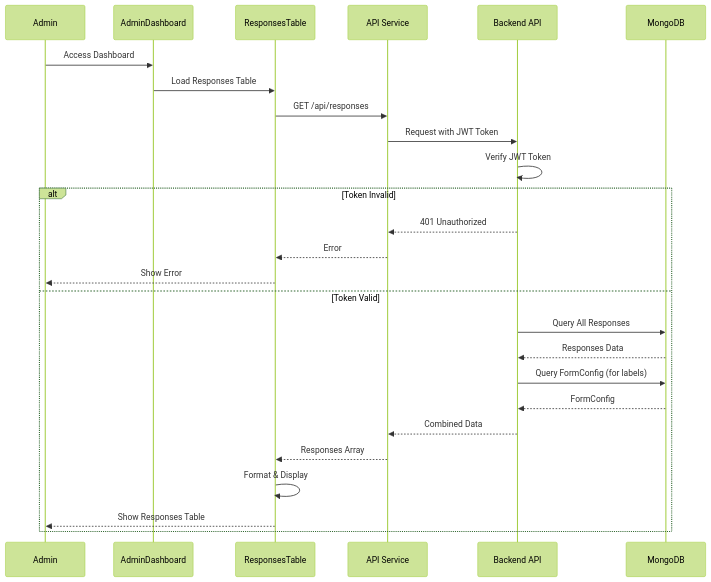
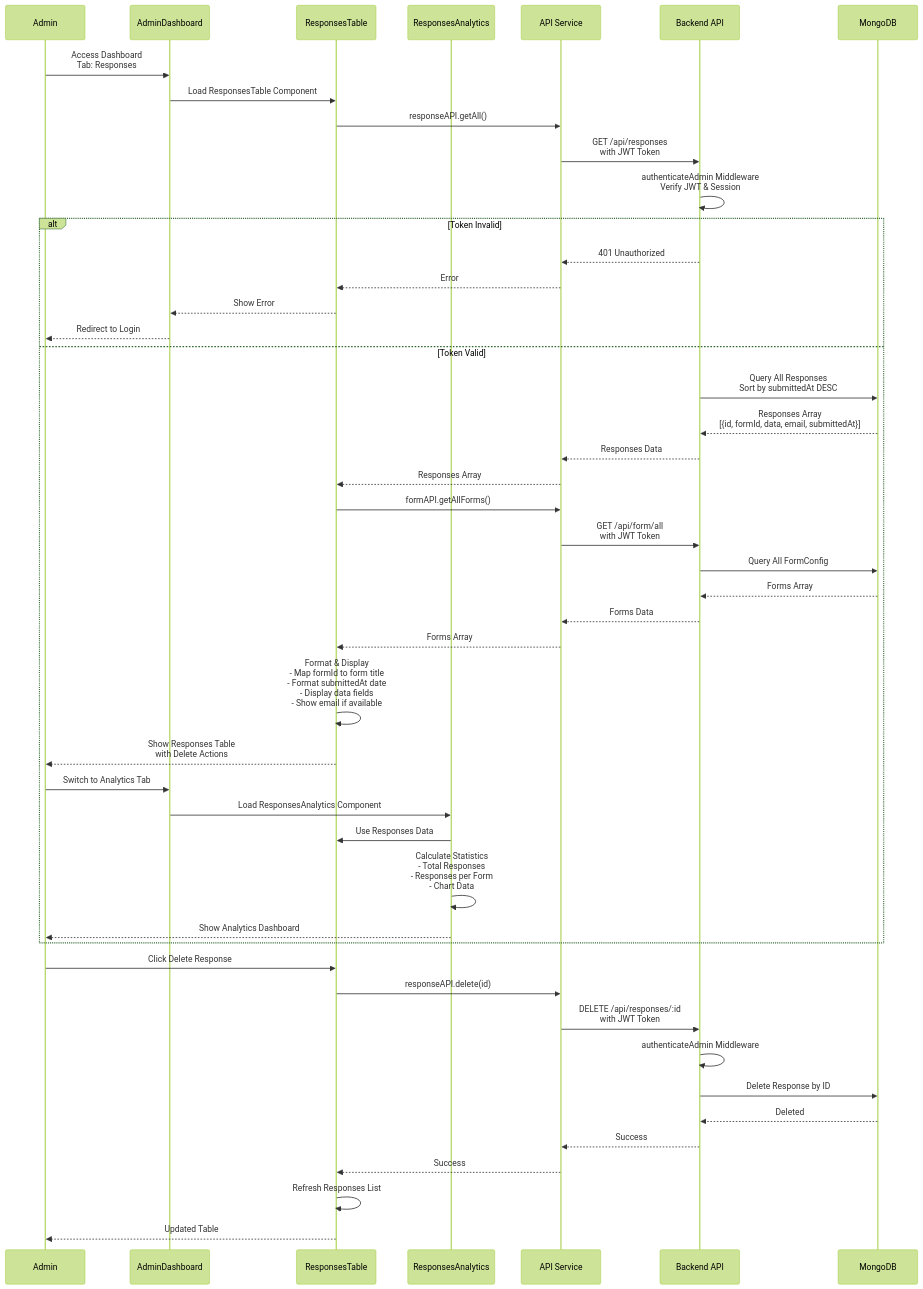
One commit to MarioSitepu/form-survei-wisuda changed the fifth of 9 diagrams in FLOWCHART.md. Above: the diagram before and after it, drawn with Mermaid (forest theme). The commit also changed other lines of this file and 4 other files, not shown here.

Commit message:
feat : adding web flow development

````diff
--- a/FLOWCHART.md
+++ b/FLOWCHART.md
@@ -205,30 +309,55 @@
 ```mermaid
 sequenceDiagram
     participant A as Admin
     participant AD as AdminDashboard
     participant RT as ResponsesTable
+    participant RA as ResponsesAnalytics
     participant API as API Service
     participant BE as Backend API
     participant DB as MongoDB
     
-    A->>AD: Access Dashboard
-    AD->>RT: Load Responses Table
-    RT->>API: GET /api/responses
-    API->>BE: Request with JWT Token
-    BE->>BE: Verify JWT Token
+    A->>AD: Access Dashboard<br/>Tab: Responses
+    AD->>RT: Load ResponsesTable Component
+    RT->>API: responseAPI.getAll()
+    API->>BE: GET /api/responses<br/>with JWT Token
+    BE->>BE: authenticateAdmin Middleware<br/>Verify JWT & Session
     
     alt Token Invalid
         BE-->>API: 401 Unauthorized
         API-->>RT: Error
-        RT-->>A: Show Error
+        RT-->>AD: Show Error
+        AD-->>A: Redirect to Login
     else Token Valid
-        BE->>DB: Query All Responses
-        DB-->>BE: Responses Data
-        BE->>DB: Query FormConfig (for labels)
-        DB-->>BE: FormConfig
-        BE-->>API: Combined Data
+        BE->>DB: Query All Responses<br/>Sort by submittedAt DESC
+        DB-->>BE: Responses Array<br/>[{id, formId, data, email, submittedAt}]
+        BE-->>API: Responses Data
         API-->>RT: Responses Array
-        RT->>RT: Format & Display
-        RT-->>A: Show Responses Table
+        
+        RT->>API: formAPI.getAllForms()
+        API->>BE: GET /api/form/all<br/>with JWT Token
+        BE->>DB: Query All FormConfig
+        DB-->>BE: Forms Array
+        BE-->>API: Forms Data
+        API-->>RT: Forms Array
+        
+        RT->>RT: Format & Display<br/>- Map formId to form title<br/>- Format submittedAt date<br/>- Display data fields<br/>- Show email if available
+        RT-->>A: Show Responses Table<br/>with Delete Actions
+        
+        A->>AD: Switch to Analytics Tab
+        AD->>RA: Load ResponsesAnalytics Component
+        RA->>RT: Use Responses Data
+        RA->>RA: Calculate Statistics<br/>- Total Responses<br/>- Responses per Form<br/>- Chart Data
+        RA-->>A: Show Analytics Dashboard
     end
+    
+    A->>RT: Click Delete Response
+    RT->>API: responseAPI.delete(id)
+    API->>BE: DELETE /api/responses/:id<br/>with JWT Token
+    BE->>BE: authenticateAdmin Middleware
+    BE->>DB: Delete Response by ID
+    DB-->>BE: Deleted
+    BE-->>API: Success
+    API-->>RT: Success
+    RT->>RT: Refresh Responses List
+    RT-->>A: Updated Table
 ```
````
